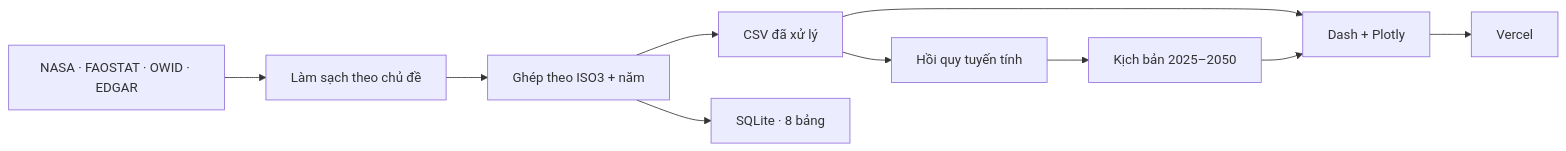
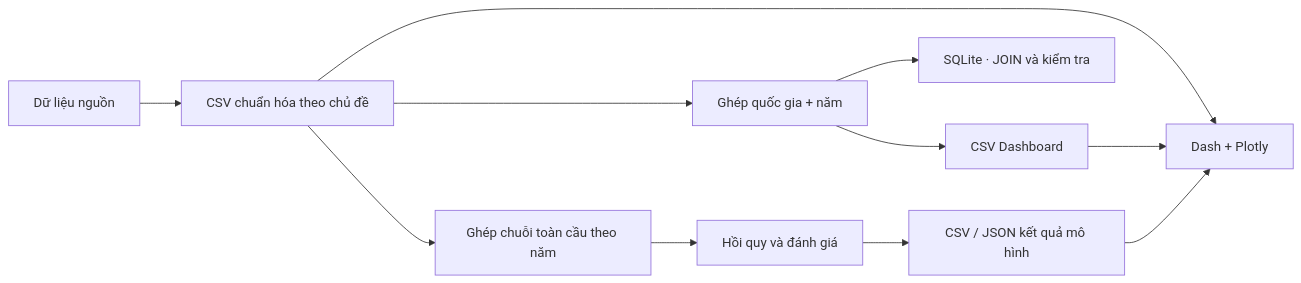
Before and after one commit to nguyenkhang310/climate-lab: the diagram in README.md, drawn with Mermaid. The commit also changed other lines of this file, not shown here.

````diff
--- a/README.md
+++ b/README.md
@@ -83,12 +99,13 @@
 ```mermaid
 flowchart LR
-    A["NASA · FAOSTAT · OWID · EDGAR"] --> B["Làm sạch theo chủ đề"]
-    B --> C["Ghép theo ISO3 + năm"]
-    C --> D["CSV đã xử lý"]
-    C --> E["SQLite · 8 bảng"]
-    D --> F["Dash + Plotly"]
-    D --> G["Hồi quy tuyến tính"]
-    G --> H["Kịch bản 2025–2050"]
-    H --> F
-    F --> I["Vercel"]
+    A["Dữ liệu nguồn"] --> B["CSV chuẩn hóa theo chủ đề"]
+    B --> C["Ghép quốc gia + năm"]
+    B --> D["Ghép chuỗi toàn cầu theo năm"]
+    C --> E["CSV Dashboard"]
+    C --> F["SQLite · JOIN và kiểm tra"]
+    D --> G["Hồi quy và đánh giá"]
+    G --> H["CSV / JSON kết quả mô hình"]
+    B --> I["Dash + Plotly"]
+    E --> I
+    H --> I
 ```
````
